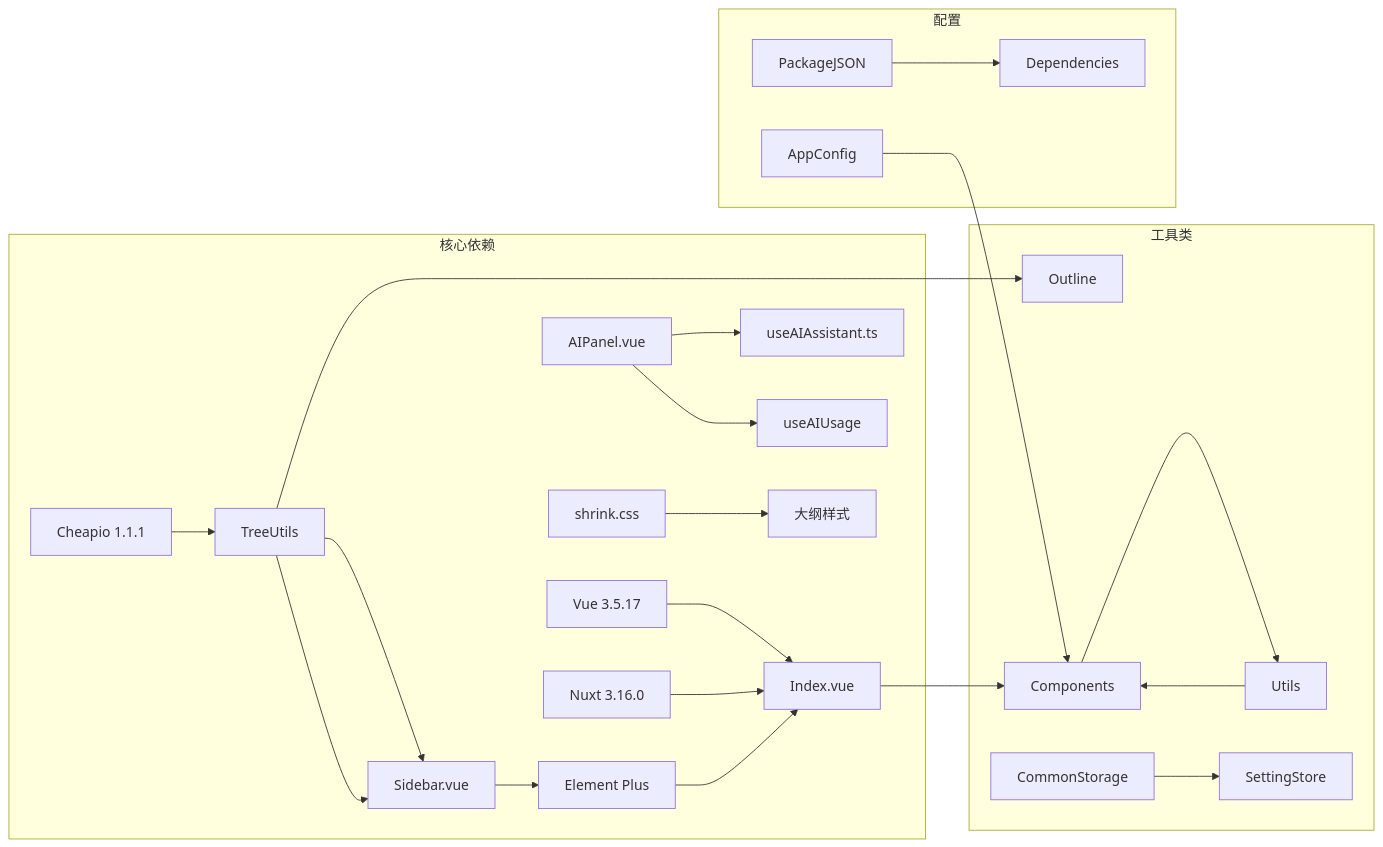
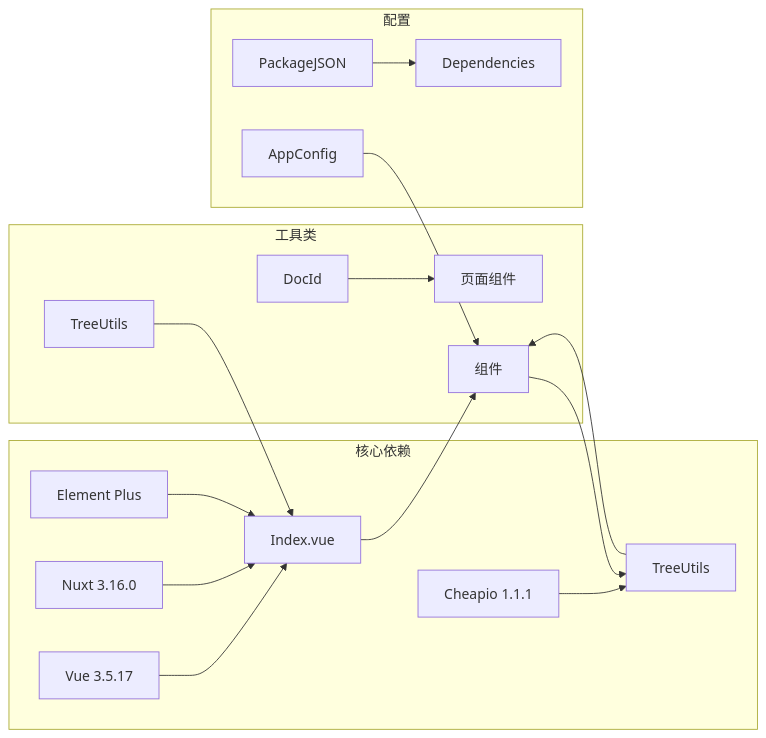
Before and after one commit to terwer/siyuan-plugin-blog: diagram 18 of 18 in .qoder/repowiki/zh/content/Outline System.md, drawn with Mermaid. The commit also changed other lines of this file and 16 other files, not shown here.

````diff
--- a/.qoder/repowiki/zh/content/Outline System.md
+++ b/.qoder/repowiki/zh/content/Outline System.md
@@ -665,26 +846,20 @@
 ```mermaid
 graph LR
 subgraph "核心依赖"
-Vue[Vue 3.5.17] --> Index[Index.vue]
-Nuxt[Nuxt 3.16.0] --> Index
-ElementPlus[Element Plus] --> Index
-Cheerio[Cheapio 1.1.1] --> TreeUtils[TreeUtils]
-AIPanel[AIPanel.vue] --> AIAssistant[useAIAssistant.ts]
-AIPanel --> AIUsage[useAIUsage]
-Sidebar[Sidebar.vue] --> ElementPlus
-TreeUtils --> Sidebar
-shrinkCSS[shrink.css] --> OutlineStyles[大纲样式]
+Vue[Vue 3.5.17] --> MultiModule[Index.vue]
+Nuxt[Nuxt 3.16.0] --> MultiModule
+ElementPlus[Element Plus] --> MultiModule
+Cheerio[Cheapio 1.1.1] --> Utils[TreeUtils]
 end
 subgraph "工具类"
-TreeUtils --> Sidebar
-TreeUtils --> Outline
-Utils --> Components
-CommonStorage --> SettingStore
+TreeUtils --> MultiModule
+DocId --> Pages[页面组件]
+Utils --> Components[组件]
 end
 subgraph "配置"
 AppConfig --> Components
 PackageJSON --> Dependencies
 end
-Index --> Components
+MultiModule --> Components
 Components --> Utils
 ```
````
